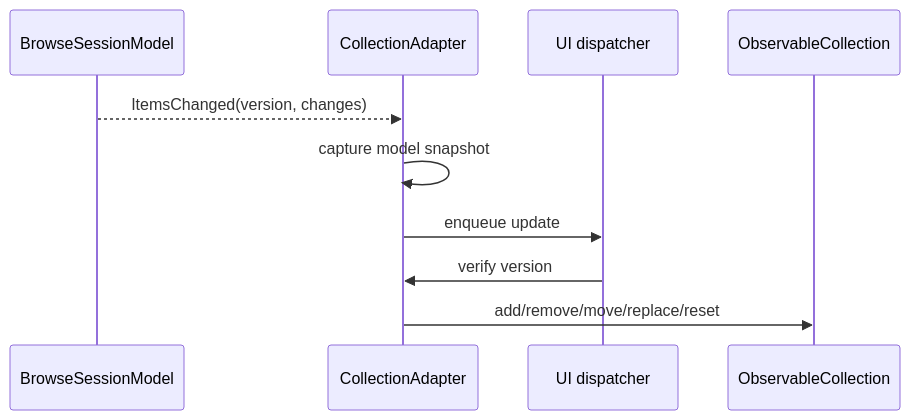
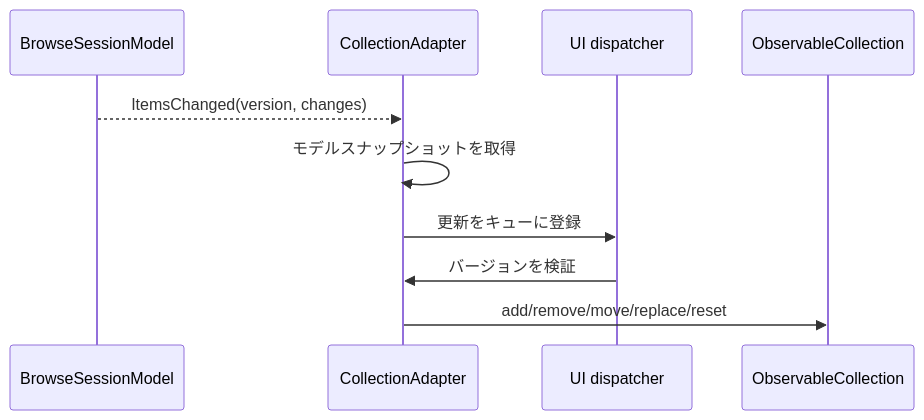
One commit to 0x5bfa/Files changed the fifth of 8 diagrams in docs/architecture/files-app.md. Above: the diagram before and after it, drawn with Mermaid. The commit also changed other lines of this file and 18 other files, not shown here.

Commit message:
Translate architecture docs to Japanese

````diff
--- a/docs/architecture/files-app.md
+++ b/docs/architecture/files-app.md
@@ -454,13 +416,13 @@
 ```mermaid
 sequenceDiagram
     participant Session as BrowseSessionModel
     participant Adapter as CollectionAdapter
     participant Dispatcher as UI dispatcher
     participant Items as ObservableCollection
 
     Session-->>Adapter: ItemsChanged(version, changes)
-    Adapter->>Adapter: capture model snapshot
-    Adapter->>Dispatcher: enqueue update
-    Dispatcher->>Adapter: verify version
+    Adapter->>Adapter: モデルスナップショットを取得
+    Adapter->>Dispatcher: 更新をキューに登録
+    Dispatcher->>Adapter: バージョンを検証
     Adapter->>Items: add/remove/move/replace/reset
 ```
````
